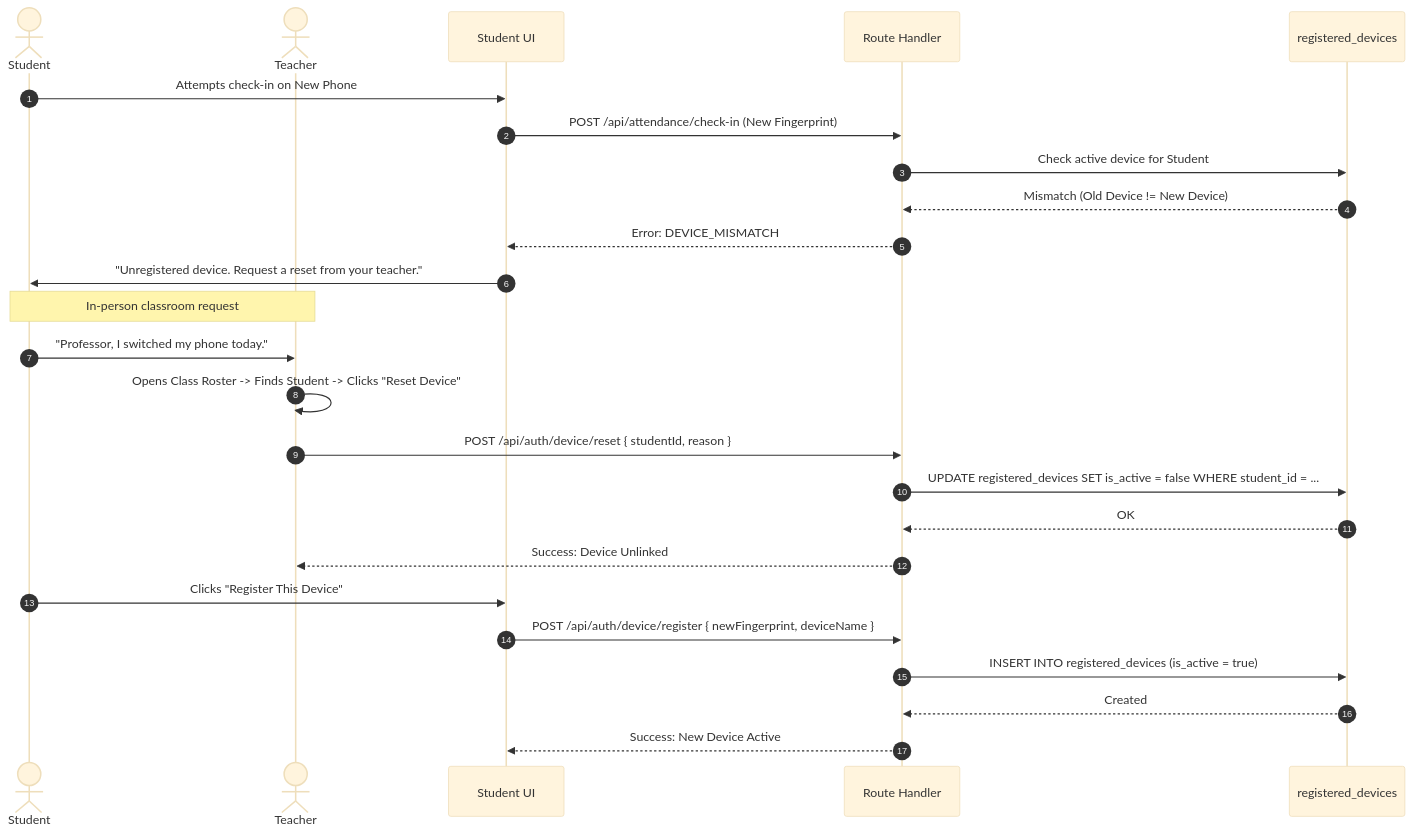
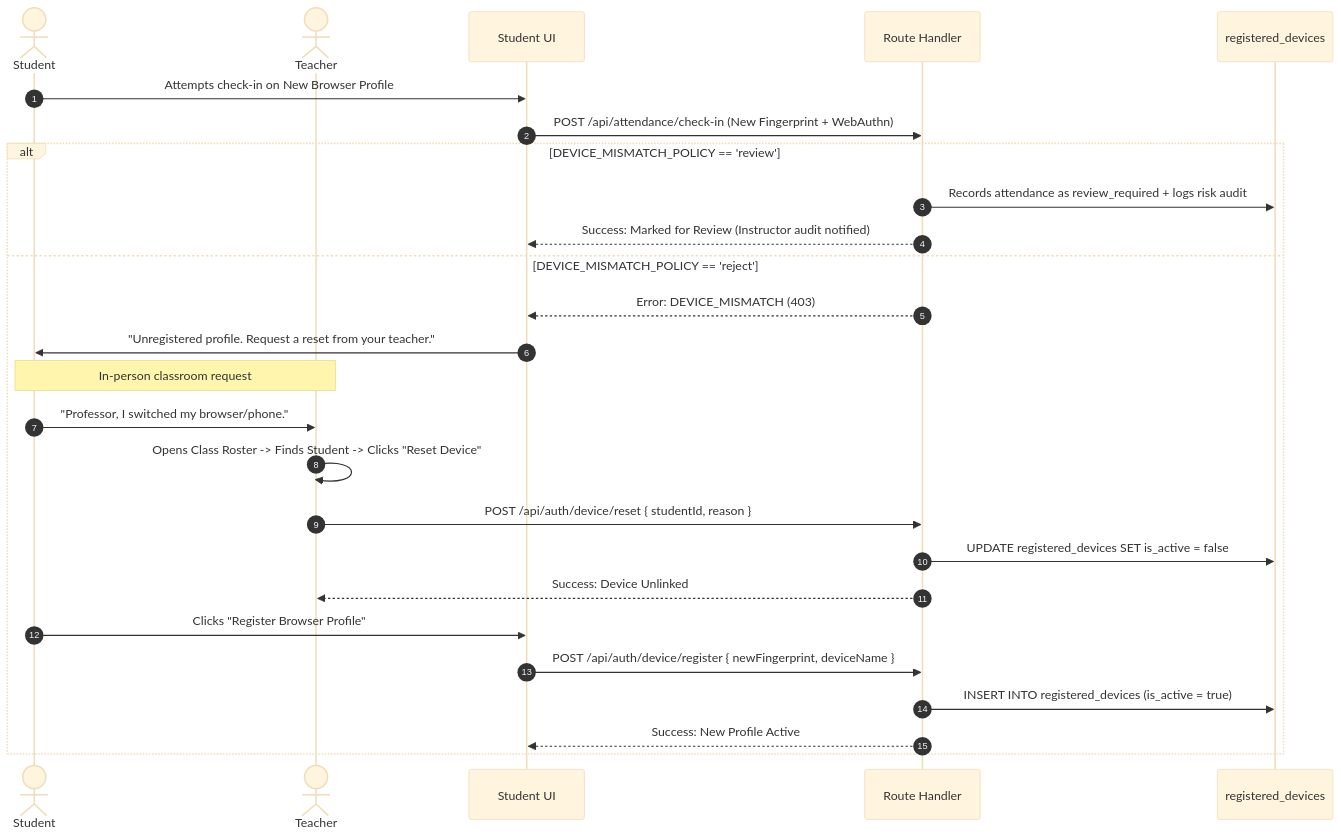
The second of 2 diagrams in docs/AUTHENTICATION.md (hackathonmain404-beep/ai_attend), drawn with Mermaid (base theme) before and after one commit. The commit also changed other lines of this file and 21 other files, not shown here.

First line of the commit message:
fix(security): harden device fingerprint semantics and enforce WebAuthn policy

````diff
--- a/docs/AUTHENTICATION.md
+++ b/docs/AUTHENTICATION.md
@@ -153,30 +174,29 @@
 ```mermaid
 sequenceDiagram
     autonumber
     actor Student
     actor Teacher
     participant Portal as Student UI
     participant Backend as Route Handler
     participant DB as registered_devices
 
-    Student->>Portal: Attempts check-in on New Phone
-    Portal->>Backend: POST /api/attendance/check-in (New Fingerprint)
-    Backend->>DB: Check active device for Student
-    DB-->>Backend: Mismatch (Old Device != New Device)
-    Backend-->>Portal: Error: DEVICE_MISMATCH
-    Portal->>Student: "Unregistered device. Request a reset from your teacher."
-
-    Note over Student,Teacher: In-person classroom request
-    Student->>Teacher: "Professor, I switched my phone today."
-    Teacher->>Teacher: Opens Class Roster -> Finds Student -> Clicks "Reset Device"
-    Teacher->>Backend: POST /api/auth/device/reset { studentId, reason }
-    Backend->>DB: UPDATE registered_devices SET is_active = false WHERE student_id = ...
-    DB-->>Backend: OK
-    Backend-->>Teacher: Success: Device Unlinked
-
-    Student->>Portal: Clicks "Register This Device"
-    Portal->>Backend: POST /api/auth/device/register { newFingerprint, deviceName }
-    Backend->>DB: INSERT INTO registered_devices (is_active = true)
-    DB-->>Backend: Created
-    Backend-->>Portal: Success: New Device Active
+    Student->>Portal: Attempts check-in on New Browser Profile
+    Portal->>Backend: POST /api/attendance/check-in (New Fingerprint + WebAuthn)
+    alt DEVICE_MISMATCH_POLICY == 'review'
+        Backend->>DB: Records attendance as review_required + logs risk audit
+        Backend-->>Portal: Success: Marked for Review (Instructor audit notified)
+    else DEVICE_MISMATCH_POLICY == 'reject'
+        Backend-->>Portal: Error: DEVICE_MISMATCH (403)
+        Portal->>Student: "Unregistered profile. Request a reset from your teacher."
+        Note over Student,Teacher: In-person classroom request
+        Student->>Teacher: "Professor, I switched my browser/phone."
+        Teacher->>Teacher: Opens Class Roster -> Finds Student -> Clicks "Reset Device"
+        Teacher->>Backend: POST /api/auth/device/reset { studentId, reason }
+        Backend->>DB: UPDATE registered_devices SET is_active = false
+        Backend-->>Teacher: Success: Device Unlinked
+        Student->>Portal: Clicks "Register Browser Profile"
+        Portal->>Backend: POST /api/auth/device/register { newFingerprint, deviceName }
+        Backend->>DB: INSERT INTO registered_devices (is_active = true)
+        Backend-->>Portal: Success: New Profile Active
+    end
 ```
````
